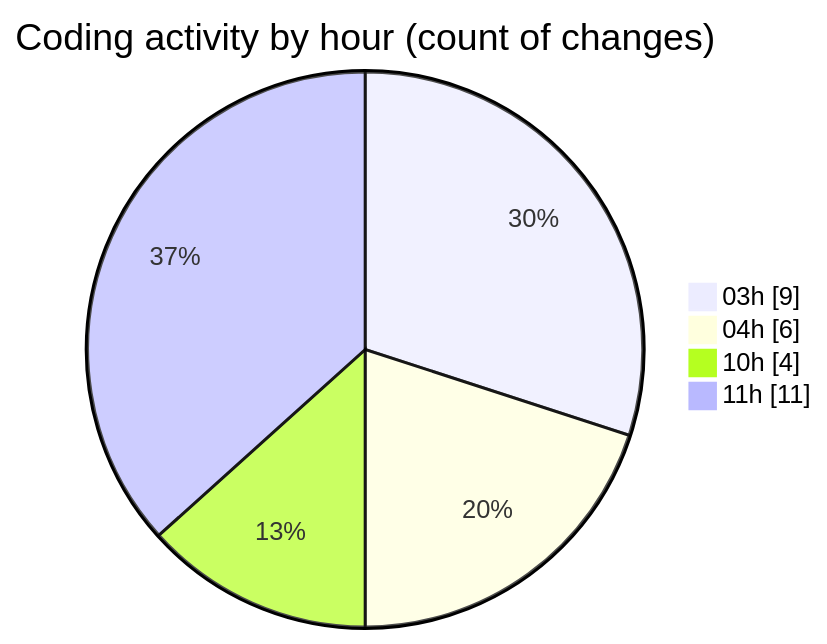
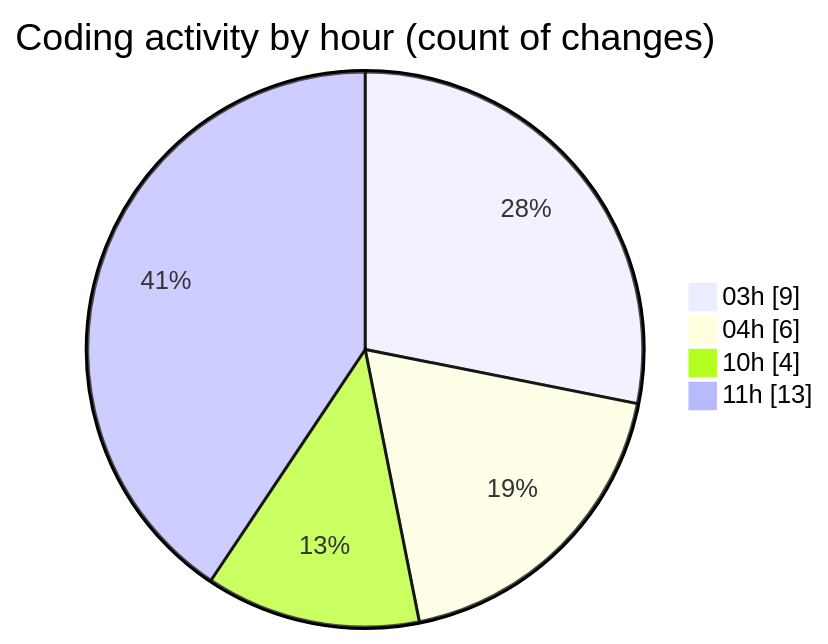
Before and after one commit to julien-gomy/code-tracking: the second of 2 diagrams in 2025-10-30/eventscop-frontend-guide__workspace_/README.md, drawn with Mermaid. The commit also changed other lines of this file and 1 other file, not shown here.

````diff
--- a/2025-10-30/eventscop-frontend-guide__workspace_/README.md
+++ b/2025-10-30/eventscop-frontend-guide__workspace_/README.md
@@ -39,8 +39,8 @@
 ```mermaid
 pie showData
 title Coding activity by hour (count of changes)
 "03h" : 9
 "04h" : 6
 "10h" : 4
-"11h" : 11
+"11h" : 13
 ```
````
